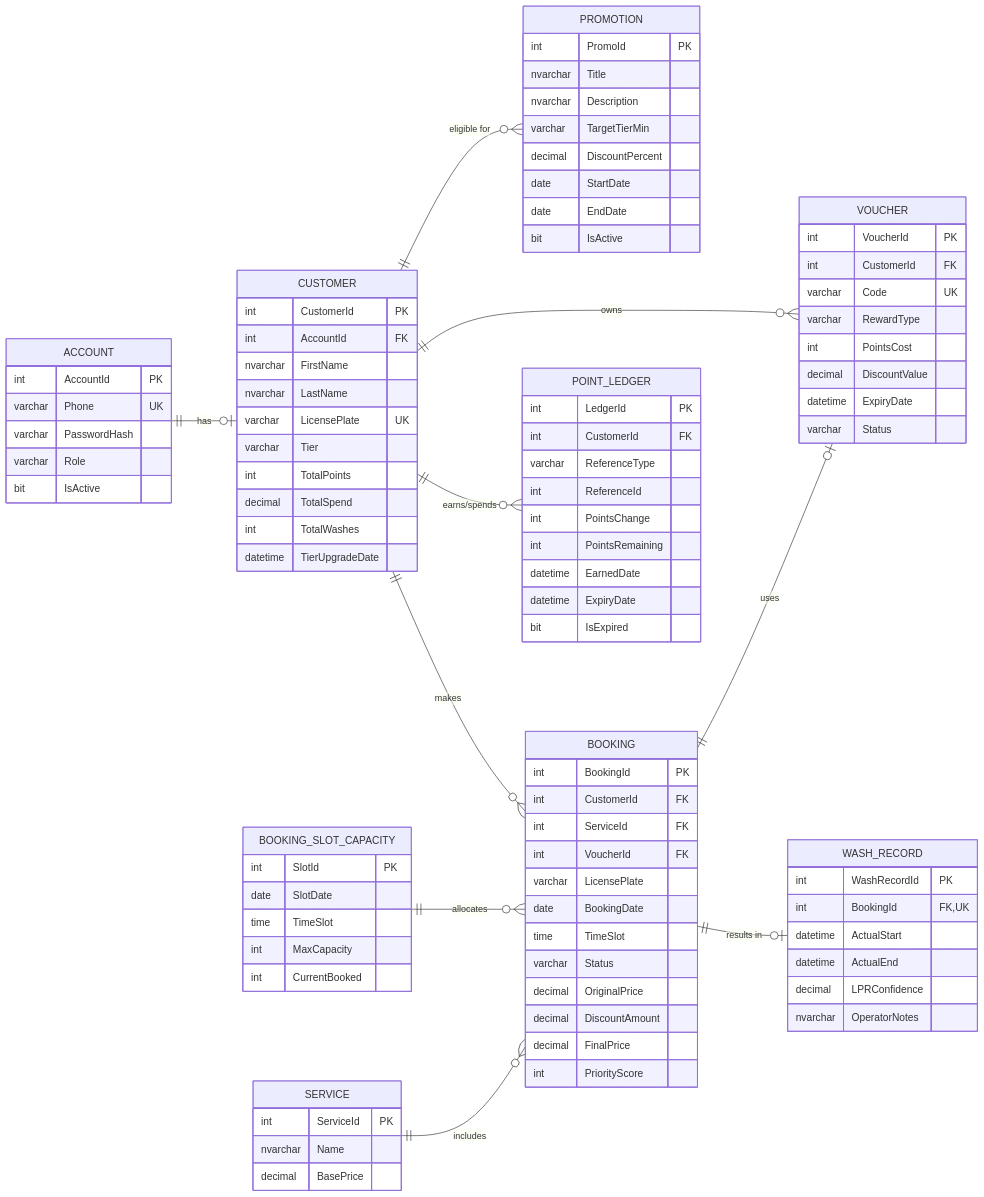
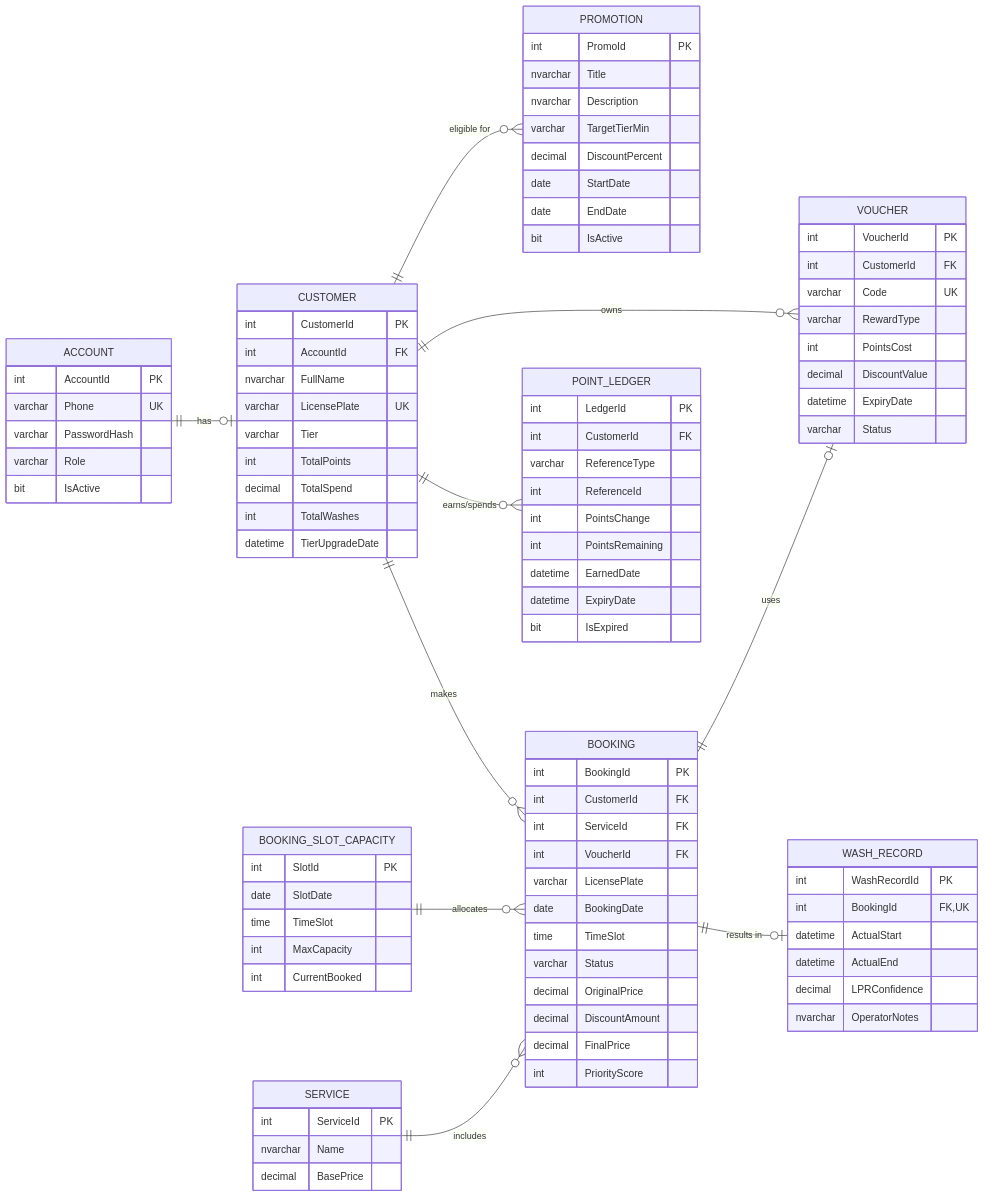
Before and after one commit to Duykhobo/Smart-Automated-Car-Wash-Management-System-with-Advance-Booking-Loyalty-Program: the second of 3 diagrams in docs/Merged_SRS_AutoWashPro.md, drawn with Mermaid. The commit also changed other lines of this file and 6 other files, not shown here.

```diff
--- a/docs/Merged_SRS_AutoWashPro.md
+++ b/docs/Merged_SRS_AutoWashPro.md
@@ -207,8 +207,7 @@
 	CUSTOMER {
 		int CustomerId PK ""  
 		int AccountId FK ""  
-		nvarchar FirstName  ""  
-		nvarchar LastName  ""   
+		nvarchar FullName  ""  
 		varchar LicensePlate UK ""  
 		varchar Tier  ""  
 		int TotalPoints  ""  
```
